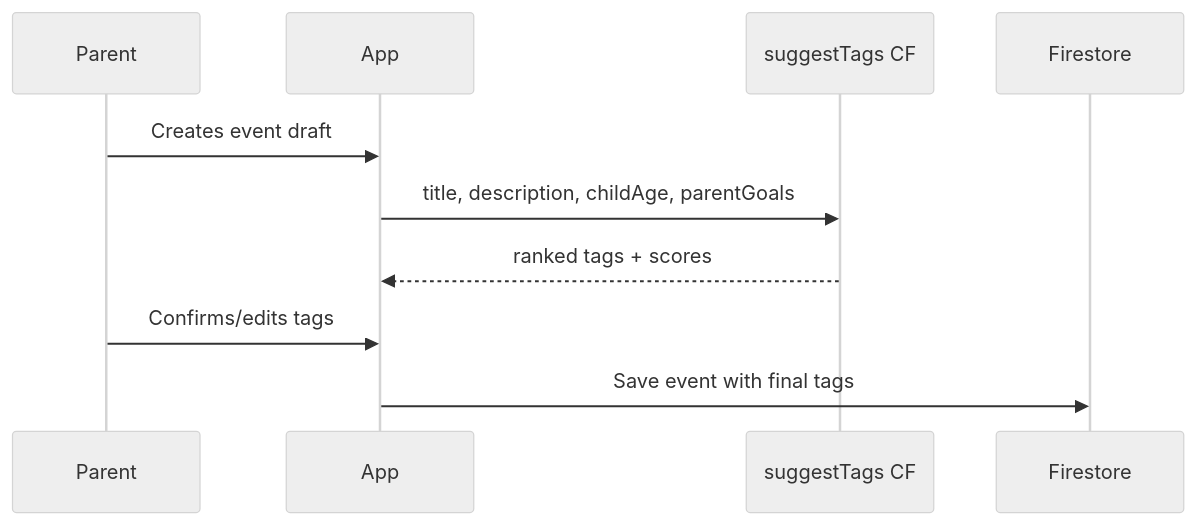
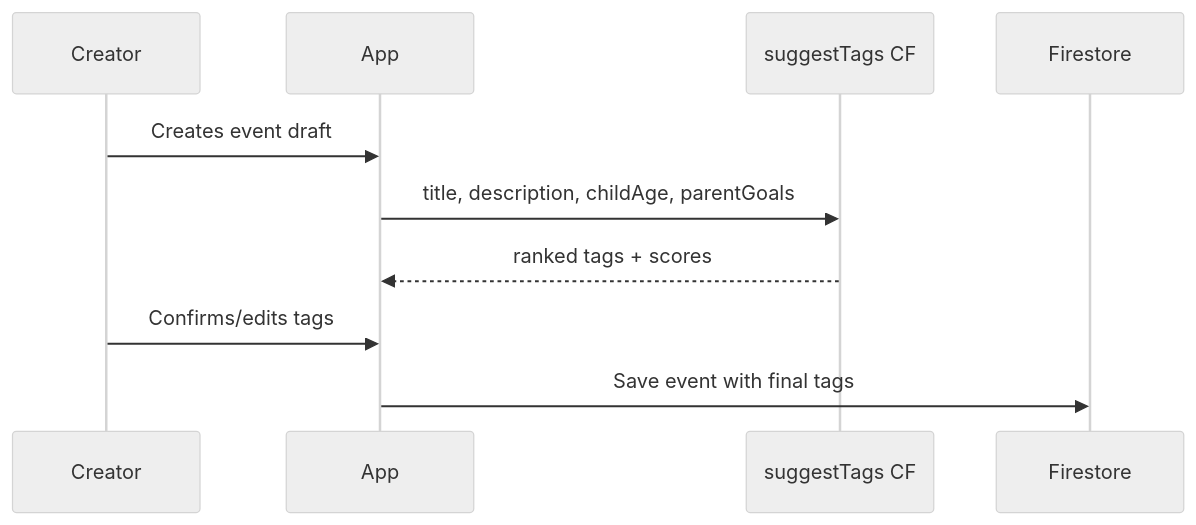
One commit to smmoose1/recess changed the second of 5 diagrams in PLAN.md. Above: the diagram before and after it, drawn with Mermaid (neutral theme). The commit also changed other lines of this file, not shown here.

````diff
--- a/PLAN.md
+++ b/PLAN.md
@@ -125,13 +230,13 @@
 ```mermaid
 sequenceDiagram
-    participant Parent
+    participant Creator
     participant App
     participant SuggestTags as suggestTags CF
     participant Firestore
 
-    Parent->>App: Creates event draft
+    Creator->>App: Creates event draft
     App->>SuggestTags: title, description, childAge, parentGoals
     SuggestTags-->>App: ranked tags + scores
-    Parent->>App: Confirms/edits tags
+    Creator->>App: Confirms/edits tags
     App->>Firestore: Save event with final tags
 ```
````
